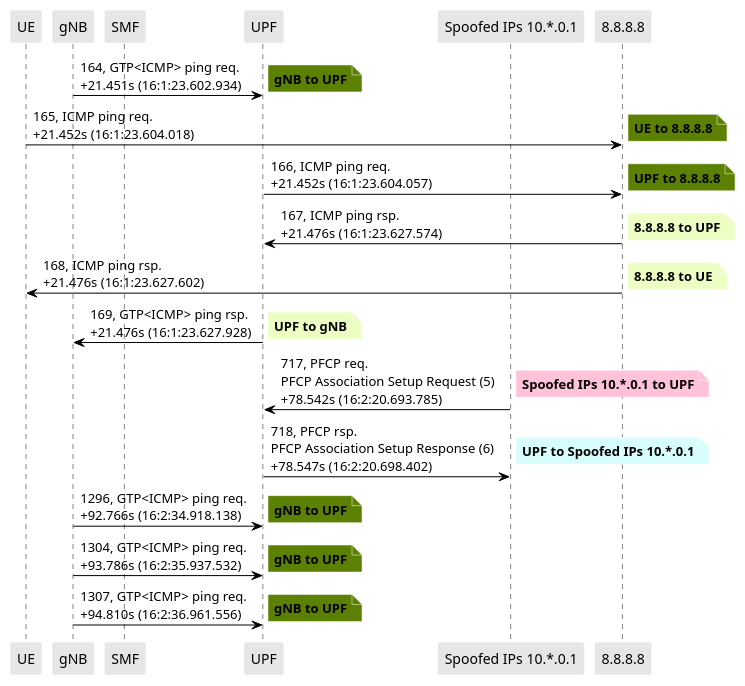
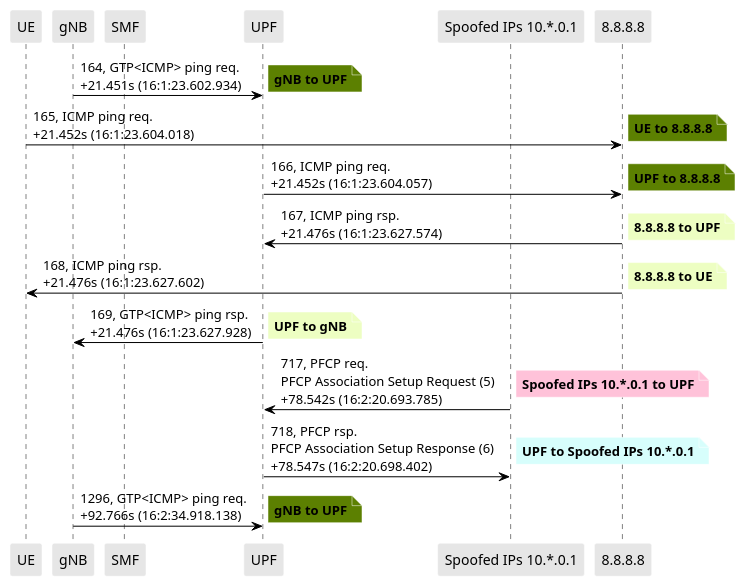
One commit to lilyhuegerich/5G changed the diagram in PCAPS/Core/flood_attack_edited.puml. Above: the diagram before and after it, drawn with PlantUML. The commit also changed 1 other file, not shown here.

```diff
--- a/PCAPS/Core/flood_attack_edited.puml
+++ b/PCAPS/Core/flood_attack_edited.puml
@@ -1,83 +1,71 @@
 @startuml
 skinparam shadowing false
 skinparam NoteBorderColor white
 skinparam sequence {
     ArrowColor black
     LifeLineBorderColor black
     LifeLineBackgroundColor black
     ParticipantBorderColor white
     ParticipantBackgroundColor #e6e6e6
 }
 participant "UE"
 participant "gNB"
 participant "SMF"
 participant "UPF"
 participant "Spoofed IPs 10.*.0.1"
 
 
 "gNB" -> "UPF": 164, GTP<ICMP> ping req.\n+21.451s (16:1:23.602.934)
 
 note right #5C8001
 **gNB to UPF**
 end note
 
 "UE" -> "8.8.8.8": 165, ICMP ping req.\n+21.452s (16:1:23.604.018)
 
 note right #5C8001
 **UE to 8.8.8.8**
 end note
 
 "UPF" -> "8.8.8.8": 166, ICMP ping req.\n+21.452s (16:1:23.604.057)
 
 note right #5C8001
 **UPF to 8.8.8.8**
 end note
 
 "8.8.8.8" -> "UPF": 167, ICMP ping rsp.\n+21.476s (16:1:23.627.574)
 
 note right #EDFEC2
 **8.8.8.8 to UPF**
 end note
 
 "8.8.8.8" -> "UE": 168, ICMP ping rsp.\n+21.476s (16:1:23.627.602)
 
 note right #EDFEC2
 **8.8.8.8 to UE**
 end note
 
 "UPF" -> "gNB": 169, GTP<ICMP> ping rsp.\n+21.476s (16:1:23.627.928)
 
 note right #EDFEC2
 **UPF to gNB**
 end note
 "Spoofed IPs 10.*.0.1" -> "UPF": 717, PFCP req.\nPFCP Association Setup Request (5)\n+78.542s (16:2:20.693.785)
 
 note right #FFC2D9
 **Spoofed IPs 10.*.0.1 to UPF**
 end note
 
 "UPF" -> "Spoofed IPs 10.*.0.1": 718, PFCP rsp.\nPFCP Association Setup Response (6)\n+78.547s (16:2:20.698.402)
 
 note right #D7FEFC
 **UPF to Spoofed IPs 10.*.0.1**
 end note
 
 "gNB" -> "UPF": 1296, GTP<ICMP> ping req.\n+92.766s (16:2:34.918.138)
 
 note right #5C8001
 **gNB to UPF**
 end note
 
-"gNB" -> "UPF": 1304, GTP<ICMP> ping req.\n+93.786s (16:2:35.937.532)
-
-note right #5C8001
-**gNB to UPF**
-end note
-
-"gNB" -> "UPF": 1307, GTP<ICMP> ping req.\n+94.810s (16:2:36.961.556)
-
-note right #5C8001
-**gNB to UPF**
-end note
-
 @enduml
```
